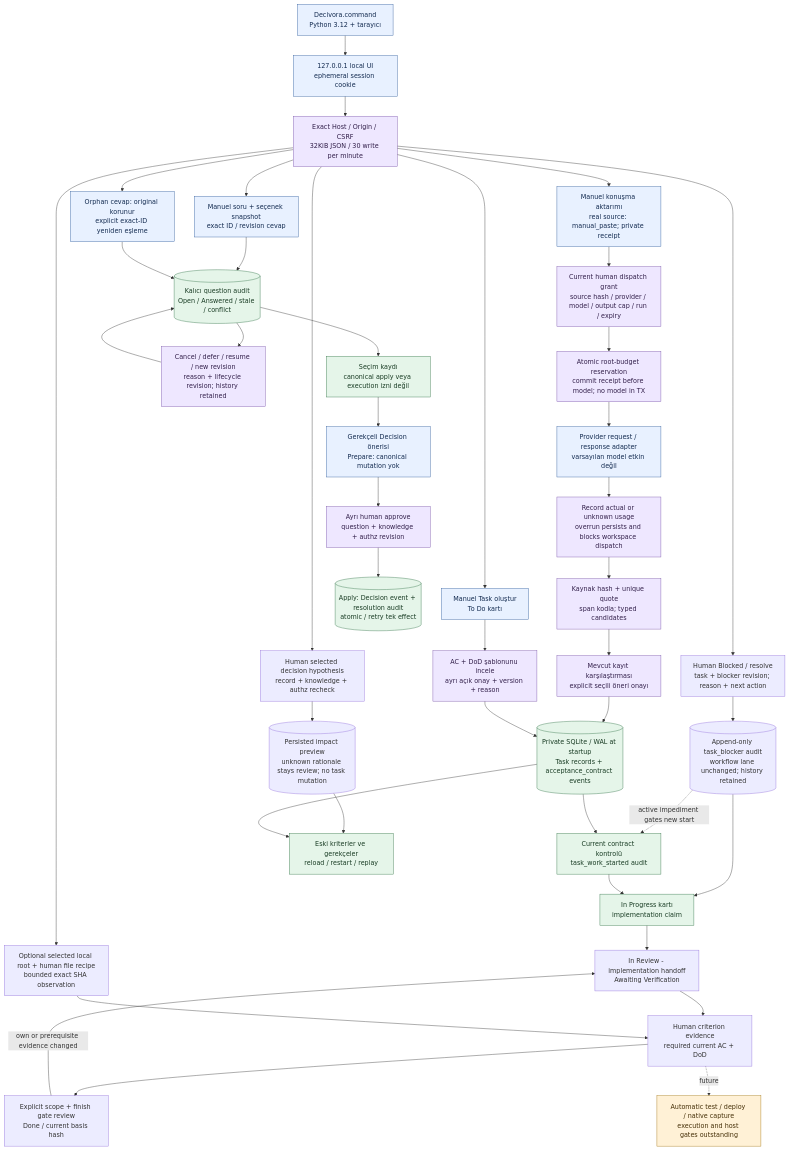
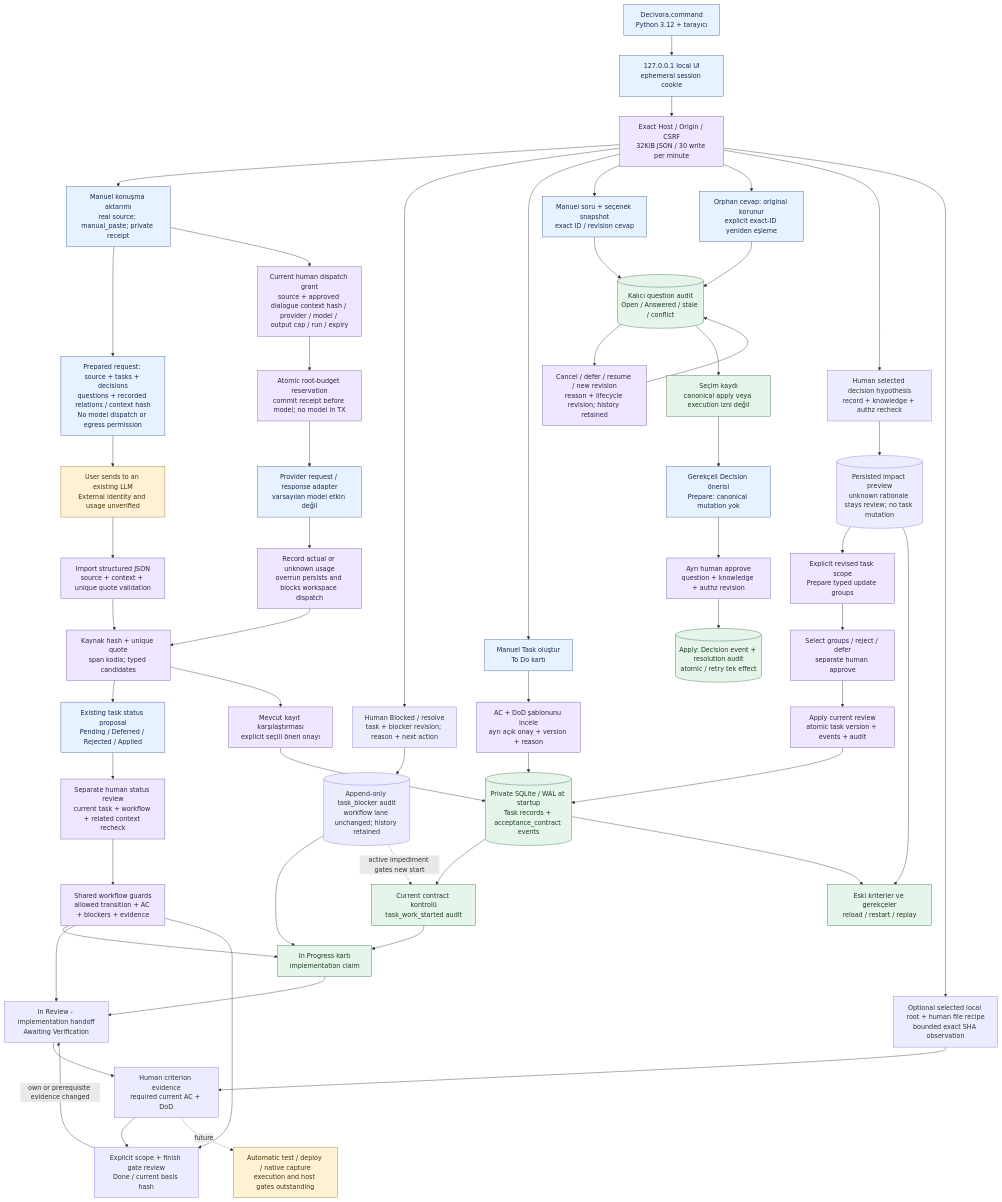
One commit to alphanAkbulut/decivora changed the diagram in docs/architecture/local-preview.md. Above: the diagram before and after it, drawn with Mermaid. The commit also changed other lines of this file and 58 other files, not shown here.

First line of the commit message:
Connect dialogue context, reviewed task changes and guarded lifecycle UI

````diff
--- a/docs/architecture/local-preview.md
+++ b/docs/architecture/local-preview.md
@@ -5,55 +5,70 @@
 ```mermaid
 flowchart TB
     accTitle: Çalışan yerel program, onaylı AC ve kalıcı kayıt
     accDescr: Launcher yalnız loopback server açar. Ephemeral yerel session ve CSRF kontrolü gerekir. Manuel görev ve AC kalıcı SQLite'a yazılır. In Progress çalışma beyanıdır, Done yalnız güncel yerel human-review kriterleri ve finish gates geçince üretilir; automatic verifier açık kalır.
     L["Decivora.command<br/>Python 3.12 + tarayıcı"] --> S["127.0.0.1 local UI<br/>ephemeral session cookie"]
     S --> G["Exact Host / Origin / CSRF<br/>32KiB JSON / 30 write per minute"]
     G --> I0["Manuel konuşma aktarımı<br/>real source: manual_paste; private receipt"]
-    I0 --> MG["Current human dispatch grant<br/>source hash / provider / model / output cap / run / expiry"]
+    I0 --> DQ["Prepared request: source + tasks + decisions<br/>questions + recorded relations / context hash<br/>No model dispatch or egress permission"]
+    DQ --> EX["User sends to an existing LLM<br/>External identity and usage unverified"]
+    EX --> DI["Import structured JSON<br/>source + context + unique quote validation"]
+    DI --> K0
+    I0 --> MG["Current human dispatch grant<br/>source + approved dialogue context hash / provider / model / output cap / run / expiry"]
     MG --> BR["Atomic root-budget reservation<br/>commit receipt before model; no model in TX"]
     BR --> M0["Provider request / response adapter<br/>varsayılan model etkin değil"]
     M0 --> US["Record actual or unknown usage<br/>overrun persists and blocks workspace dispatch"]
     US --> K0["Kaynak hash + unique quote<br/>span kodla; typed candidates"]
+    K0 --> SP["Existing task status proposal<br/>Pending / Deferred / Rejected / Applied"]
+    SP --> SG["Separate human status review<br/>current task + workflow + related context recheck"]
+    SG --> WG["Shared workflow guards<br/>allowed transition + AC + blockers + evidence"]
+    WG --> B
+    WG --> IR
+    WG --> CD
     K0 --> E0["Mevcut kayıt karşılaştırması<br/>explicit seçili öneri onayı"]
     E0 --> D
     G --> F0["Human Blocked / resolve<br/>task + blocker revision; reason + next action"]
     F0 --> F1[("Append-only task_blocker audit<br/>workflow lane unchanged; history retained")]
     F1 --> B
     F1 -. active impediment gates new start .-> W
     G --> T["Manuel Task oluştur<br/>To Do kartı"]
     G --> Q["Manuel soru + seçenek snapshot<br/>exact ID / revision cevap"]
     Q --> R[("Kalıcı question audit<br/>Open / Answered / stale / conflict")]
     R --> Z["Cancel / defer / resume / new revision<br/>reason + lifecycle revision; history retained"]
     Z --> R
     G --> U["Orphan cevap: original korunur<br/>explicit exact-ID yeniden eşleme"]
     U --> R
     R --> N["Seçim kaydı<br/>canonical apply veya execution izni değil"]
     N --> P["Gerekçeli Decision önerisi<br/>Prepare: canonical mutation yok"]
     P --> O["Ayrı human approve<br/>question + knowledge + authz revision"]
     O --> C[("Apply: Decision event + resolution audit<br/>atomic / retry tek effect")]
     T --> A["AC + DoD şablonunu incele<br/>ayrı açık onay + version + reason"]
     A --> D[("Private SQLite / WAL at startup<br/>Task records + acceptance_contract events")]
     G --> IP["Human selected decision hypothesis<br/>record + knowledge + authz recheck"]
     IP --> IX[("Persisted impact preview<br/>unknown rationale stays review; no task mutation")]
+    IX --> IE["Explicit revised task scope<br/>Prepare typed update groups"]
+    IE --> IS["Select groups / reject / defer<br/>separate human approve"]
+    IS --> IA["Apply current review<br/>atomic task version + events + audit"]
+    IA --> D
     IX --> H
     D --> W["Current contract kontrolü<br/>task_work_started audit"]
     W --> B["In Progress kartı<br/>implementation claim"]
     D --> H["Eski kriterler ve gerekçeler<br/>reload / restart / replay"]
     B --> IR["In Review - implementation handoff<br/>Awaiting Verification"]
     IR --> HV["Human criterion evidence<br/>required current AC + DoD"]
     HV --> CD["Explicit scope + finish gate review<br/>Done / current basis hash"]
     CD -->|own or prerequisite evidence changed| IR
     G --> VF["Optional selected local root + human file recipe<br/>bounded exact SHA observation"]
     VF --> HV
     HV -. future .-> V["Automatic test / deploy / native capture<br/>execution and host gates outstanding"]
     classDef launcher fill:#e8f1ff,stroke:#315c9b,color:#132b50;
     classDef guard fill:#eee7ff,stroke:#7853a7,color:#33204b;
     classDef stored fill:#e5f5e9,stroke:#327347,color:#193c24;
     classDef pending fill:#fff1d6,stroke:#a47511,color:#463008;
     class L,S,T launcher;
-    class G,A,O,Z,K0,E0,MG,BR,US guard;
+    class G,A,O,Z,K0,E0,MG,BR,US,DI,SG,WG,IE,IS,IA guard;
     class D,W,B,H,R,N stored;
-    class Q,P,U,I0,M0 launcher;
+    class Q,P,U,I0,M0,DQ,SP launcher;
+    class EX pending;
     class C stored;
     class V pending;
 ```
````
